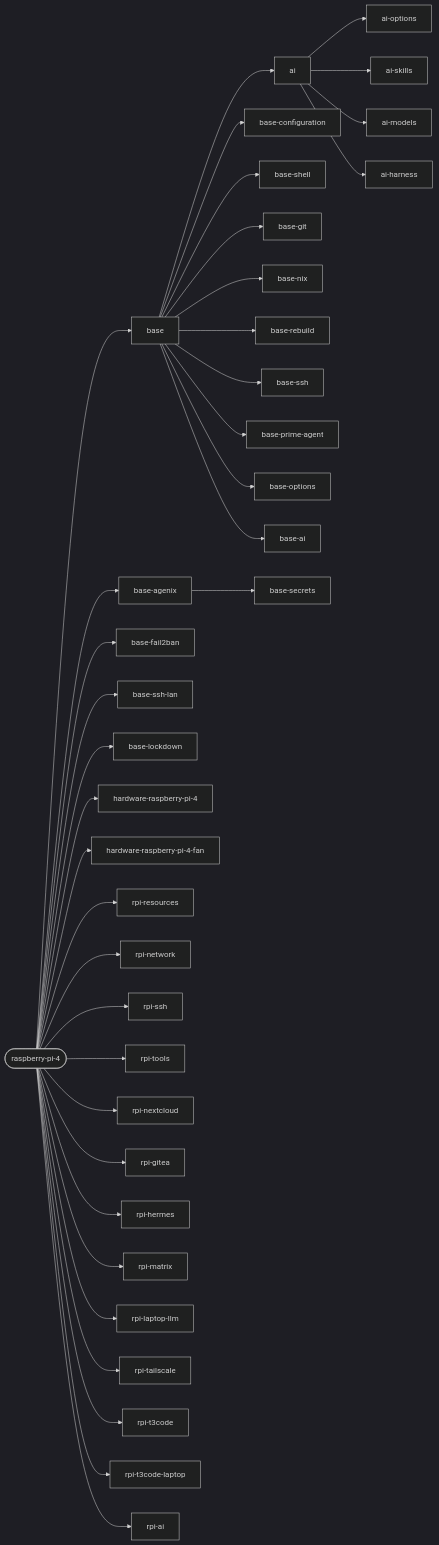
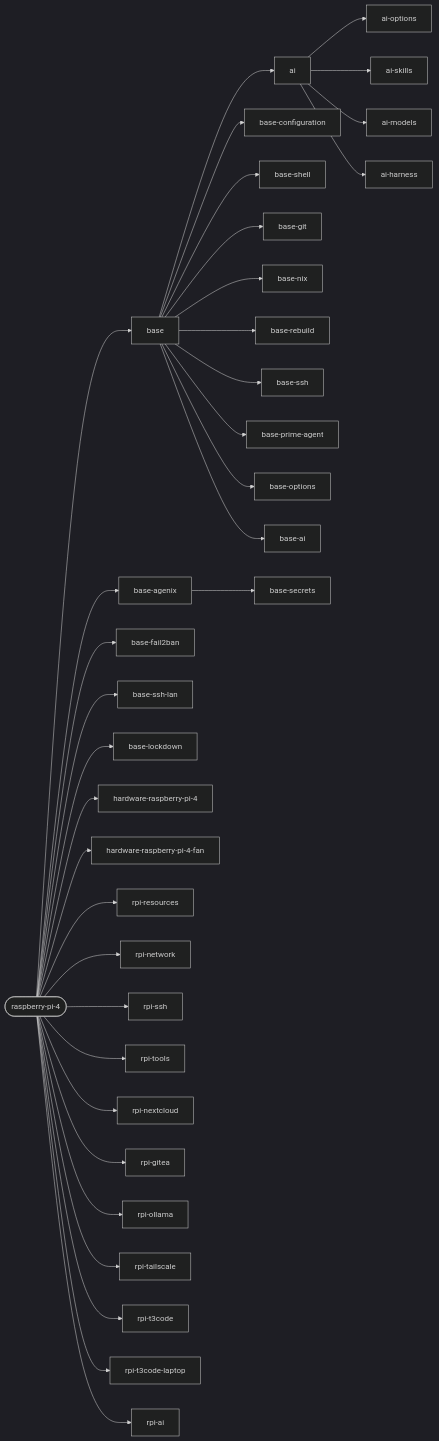
One commit to janusz-bit/nixos changed the second of 3 diagrams in docs/reference/hosts.md. Above: the diagram before and after it, drawn with Mermaid (dark theme). The commit also changed other lines of this file and 32 other files, not shown here.

First line of the commit message:
hosts: remove hermes agent and matrix

````diff
--- a/docs/reference/hosts.md
+++ b/docs/reference/hosts.md
@@ -134,39 +132,37 @@
 ```mermaid
 flowchart LR
   host_raspberry_pi_4([raspberry-pi-4])
   host_raspberry_pi_4 --> base[base]
   host_raspberry_pi_4 --> base_agenix[base-agenix]
   host_raspberry_pi_4 --> base_fail2ban[base-fail2ban]
   host_raspberry_pi_4 --> base_ssh_lan[base-ssh-lan]
   host_raspberry_pi_4 --> base_lockdown[base-lockdown]
   host_raspberry_pi_4 --> hardware_raspberry_pi_4[hardware-raspberry-pi-4]
   host_raspberry_pi_4 --> hardware_raspberry_pi_4_fan[hardware-raspberry-pi-4-fan]
   host_raspberry_pi_4 --> rpi_resources[rpi-resources]
   host_raspberry_pi_4 --> rpi_network[rpi-network]
   host_raspberry_pi_4 --> rpi_ssh[rpi-ssh]
   host_raspberry_pi_4 --> rpi_tools[rpi-tools]
   host_raspberry_pi_4 --> rpi_nextcloud[rpi-nextcloud]
   host_raspberry_pi_4 --> rpi_gitea[rpi-gitea]
-  host_raspberry_pi_4 --> rpi_hermes[rpi-hermes]
-  host_raspberry_pi_4 --> rpi_matrix[rpi-matrix]
-  host_raspberry_pi_4 --> rpi_laptop_llm[rpi-laptop-llm]
+  host_raspberry_pi_4 --> rpi_ollama[rpi-ollama]
   host_raspberry_pi_4 --> rpi_tailscale[rpi-tailscale]
   host_raspberry_pi_4 --> rpi_t3code[rpi-t3code]
   host_raspberry_pi_4 --> rpi_t3code_laptop[rpi-t3code-laptop]
   host_raspberry_pi_4 --> rpi_ai[rpi-ai]
   ai --> ai_options[ai-options]
   ai --> ai_skills[ai-skills]
   ai --> ai_models[ai-models]
   ai --> ai_harness[ai-harness]
   base --> base_configuration[base-configuration]
   base --> base_shell[base-shell]
   base --> base_git[base-git]
   base --> base_nix[base-nix]
   base --> base_rebuild[base-rebuild]
   base --> base_ssh[base-ssh]
   base --> base_prime_agent[base-prime-agent]
   base --> base_options[base-options]
   base --> ai[ai]
   base --> base_ai[base-ai]
   base_agenix --> base_secrets[base-secrets]
 ```
````
